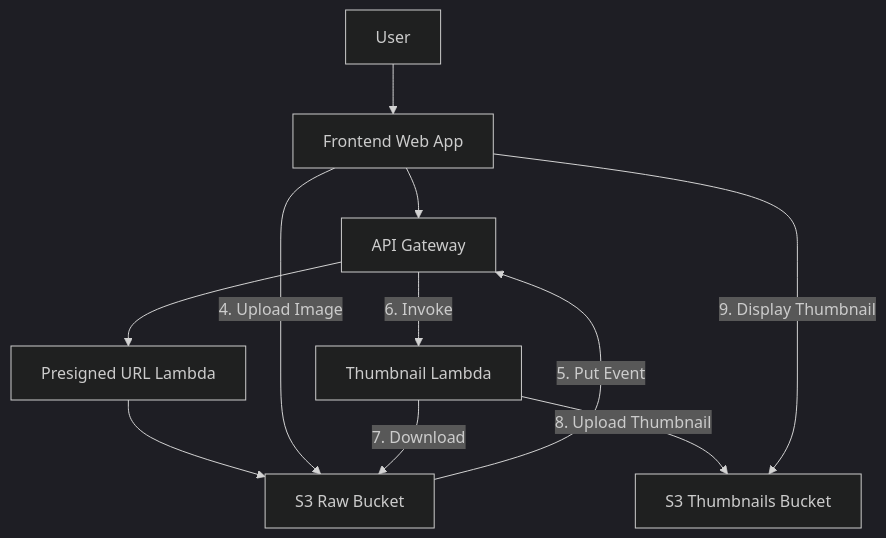
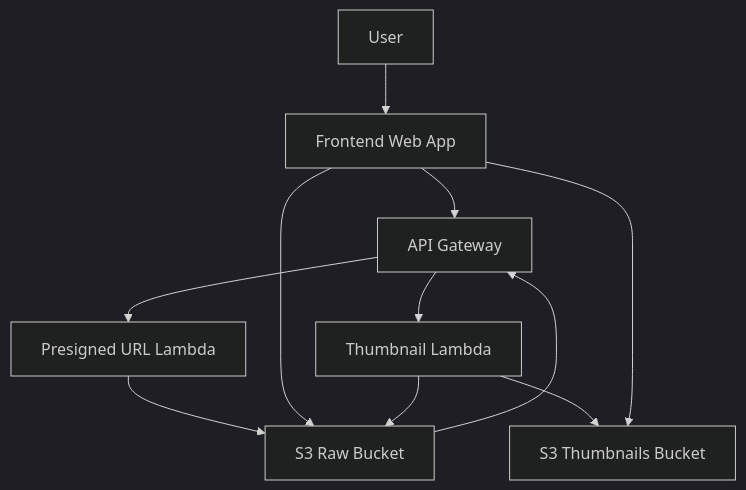
One commit to guderian120/s3_photo_sharing changed the first of 3 diagrams in Readme.md. Above: the diagram before and after it, drawn with Mermaid (dark theme).

````diff
--- a/Readme.md
+++ b/Readme.md
@@ -14,13 +14,13 @@
 ```mermaid
 graph TD
     A[User] --> B[Frontend Web App]
     B --> C[API Gateway]
     C --> D[Presigned URL Lambda]
     D --> E[S3 Raw Bucket]
-    B -->|4. Upload Image| E
-    E -->|5. Put Event| C
-    C -->|6. Invoke| F[Thumbnail Lambda]
-    F -->|7. Download| E
-    F -->|8. Upload Thumbnail| G[S3 Thumbnails Bucket]
-    B -->|9. Display Thumbnail| G
+    B --> E
+    E --> C
+    C --> F[Thumbnail Lambda]
+    F --> E
+    F --> G[S3 Thumbnails Bucket]
+    B -->G
 ```
````
